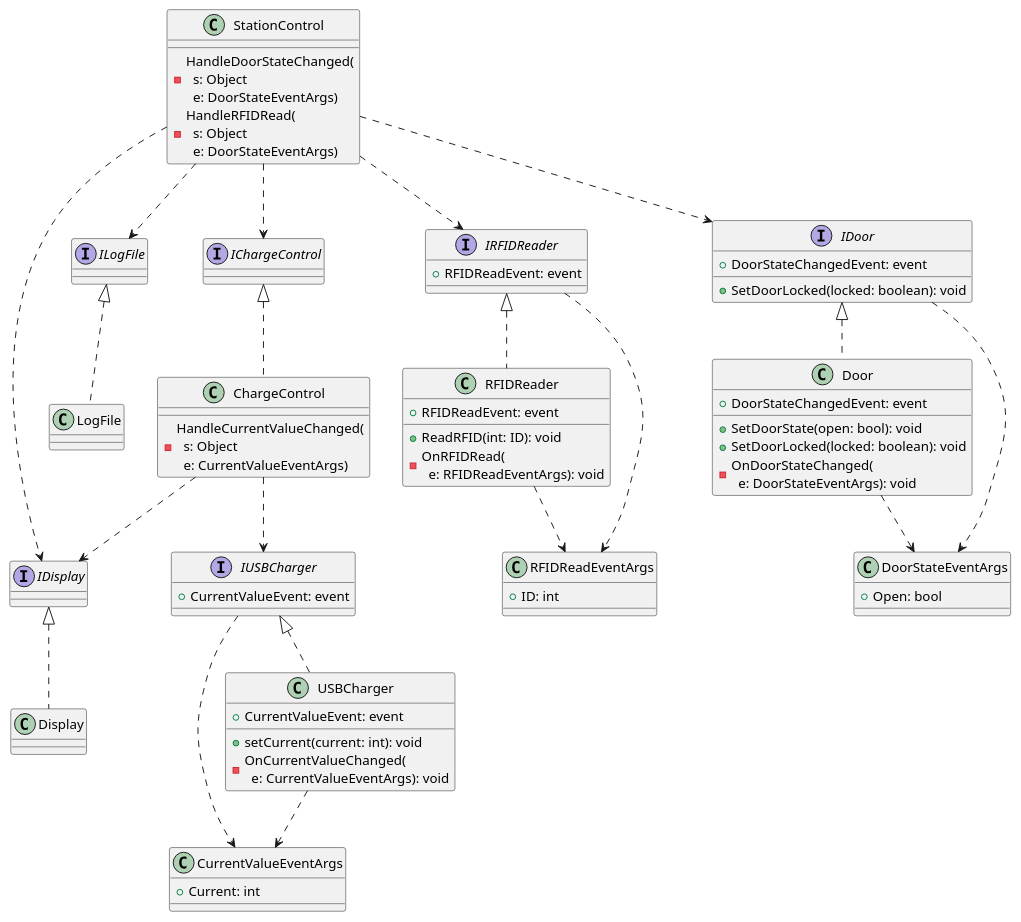
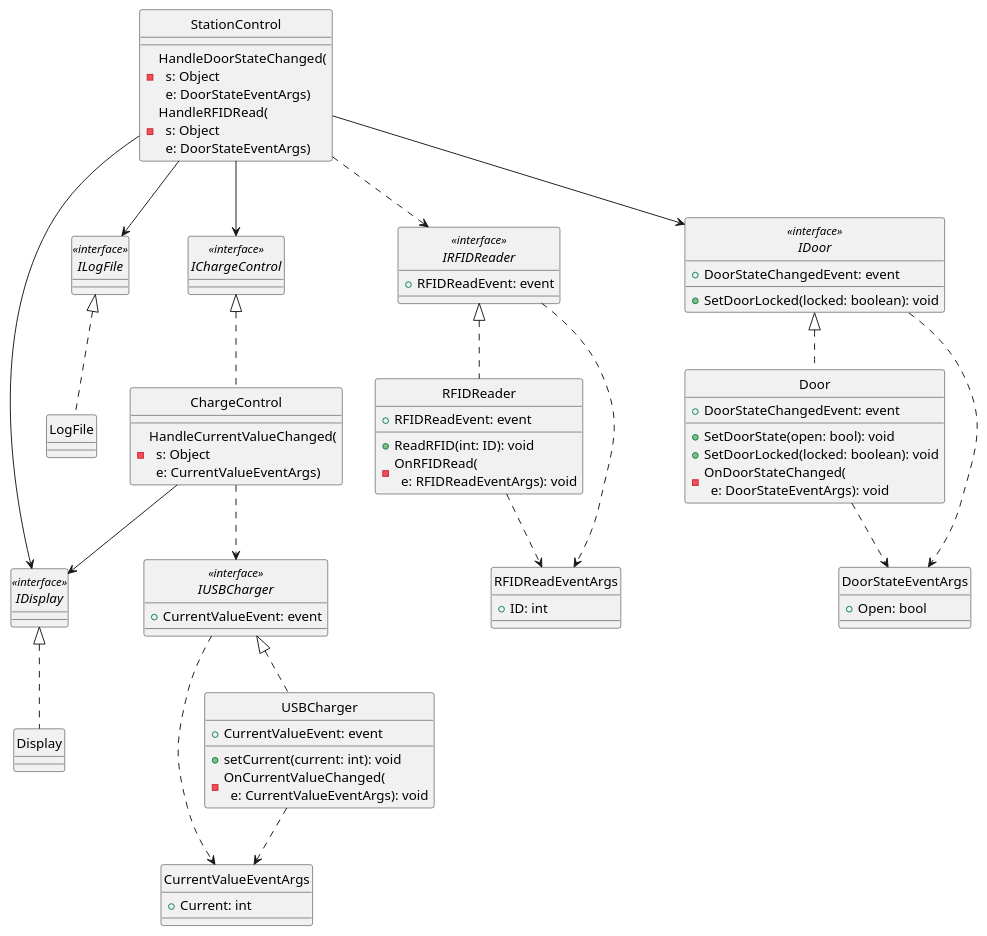
The diagram in UML/ClassDiagram.puml (Yoda92/Aflevering2), drawn with PlantUML before and after one commit.

Commit message:
changed arrows to association on some interfaces in uml

```diff
--- a/UML/ClassDiagram.puml
+++ b/UML/ClassDiagram.puml
@@ -1,96 +1,97 @@
 @startuml
+hide circle
 
-interface IDoor {
+interface IDoor <<interface>> {
     + DoorStateChangedEvent: event
     + SetDoorLocked(locked: boolean): void
 }
 
 class Door {
     + DoorStateChangedEvent: event
     + SetDoorState(open: bool): void
     + SetDoorLocked(locked: boolean): void
     - OnDoorStateChanged(\n  e: DoorStateEventArgs): void
 }
 
 class DoorStateEventArgs {
     + Open: bool
 }
 
-interface IRFIDReader {
+interface IRFIDReader <<interface>>{
     + RFIDReadEvent: event
 }
 
 class RFIDReader {
     + RFIDReadEvent: event
     + ReadRFID(int: ID): void
     - OnRFIDRead(\n  e: RFIDReadEventArgs): void
 }
 
 class RFIDReadEventArgs {
     + ID: int
 }
 
 class StationControl {
     - HandleDoorStateChanged(\n  s: Object\n  e: DoorStateEventArgs)
     - HandleRFIDRead(\n  s: Object\n  e: DoorStateEventArgs)
 }
 
-interface IUSBCharger {
+interface IUSBCharger <<interface>>{
     + CurrentValueEvent: event
 }
 
 class CurrentValueEventArgs {
     + Current: int
 }
 
 class USBCharger {
     + CurrentValueEvent: event
     + setCurrent(current: int): void
     - OnCurrentValueChanged(\n  e: CurrentValueEventArgs): void
 }
 
-interface IChargeControl {
+interface IChargeControl <<interface>>{
     
 }
 
 class ChargeControl {
     - HandleCurrentValueChanged(\n  s: Object\n  e: CurrentValueEventArgs)
 }
 
-interface IDisplay {
+interface IDisplay <<interface>>{
 
 }
 
 class Display {
 
 }
 
-interface ILogFile {
+interface ILogFile <<interface>>{
 
 }
 
 class LogFile {
 
 }
 
 
 Door .up.|> IDoor
 Door ..> DoorStateEventArgs
 IDoor ..> DoorStateEventArgs
-StationControl ..> IDoor
+StationControl --> IDoor
 RFIDReader .up.|> IRFIDReader
 RFIDReader ..> RFIDReadEventArgs
 IRFIDReader ..> RFIDReadEventArgs
 StationControl ..> IRFIDReader
 USBCharger .up.|> IUSBCharger
 USBCharger ..> CurrentValueEventArgs
 IUSBCharger ..> CurrentValueEventArgs
 ChargeControl ..> IUSBCharger
-StationControl ..> IChargeControl
+StationControl --> IChargeControl
 ChargeControl .up.|> IChargeControl
 LogFile .up.|> ILogFile
-StationControl ..> ILogFile
+StationControl --> ILogFile
 Display .up.|> IDisplay
-StationControl ..> IDisplay
-ChargeControl ..> IDisplay 
+StationControl --> IDisplay
+ChargeControl --> IDisplay 
 @enduml
```
